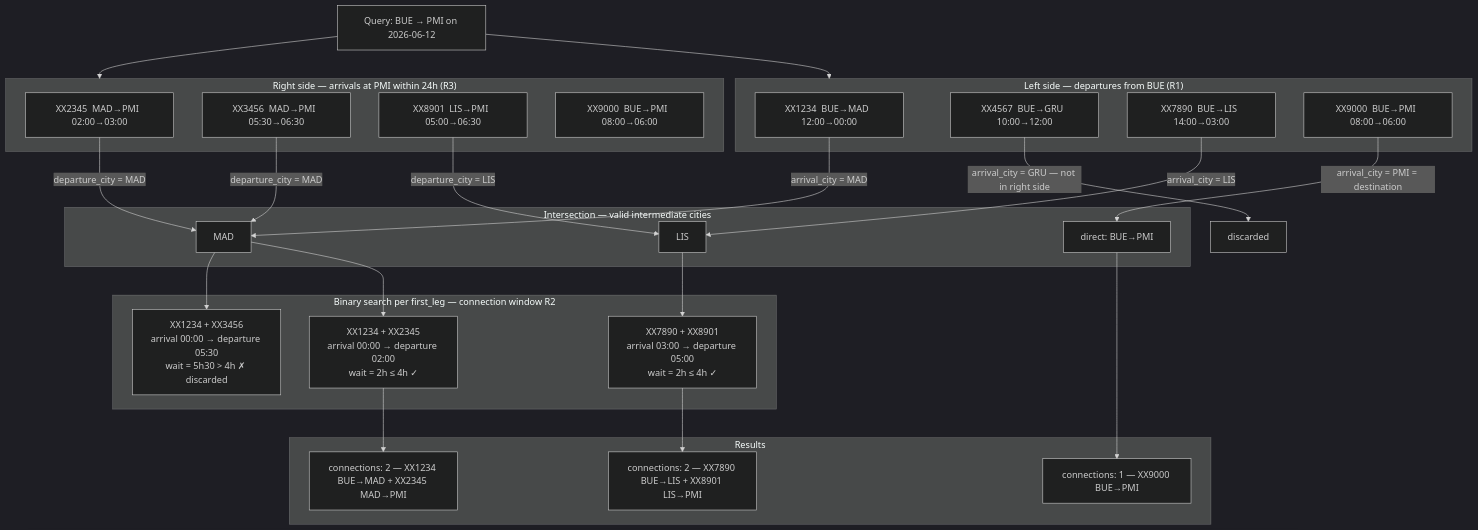
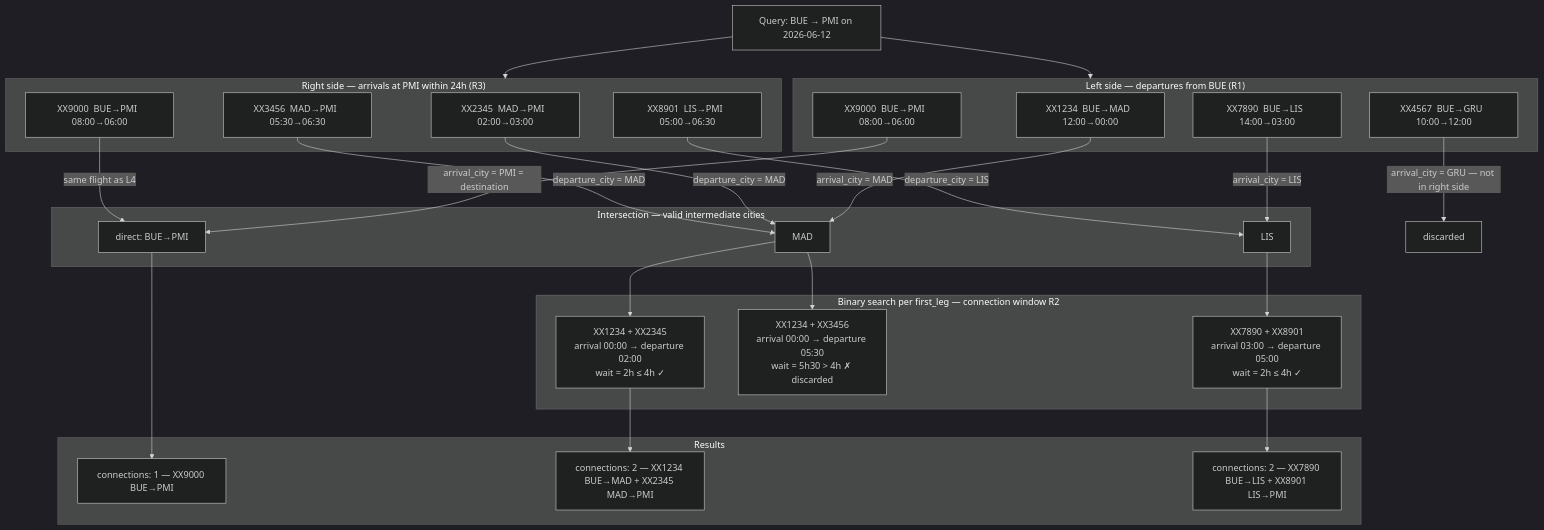
The first of 2 diagrams in journeys-api/README.md (DouglasTavare/flights-api), drawn with Mermaid (dark theme) before and after one commit. The commit also changed 1 other file, not shown here.

Commit message:
docs: restructure README and improve search algorithm documentation
- Move algorithm explanation and diagram before setup instructions
- Fix diagram: connect XX9000 from both sides to direct journey node
- Remove opinion-laden language from nested loop explanation
- Update connections field description (0=direct, 1=layover)
- Add logger.py and health.py to project structure

````diff
--- a/journeys-api/README.md
+++ b/journeys-api/README.md
@@ -124,55 +124,56 @@
 ```mermaid
 flowchart TD
     input["Query: BUE → PMI on 2026-06-12"]
 
     subgraph left ["Left side — departures from BUE (R1)"]
         L1["XX1234  BUE→MAD  12:00→00:00"]
         L2["XX4567  BUE→GRU  10:00→12:00"]
         L3["XX7890  BUE→LIS  14:00→03:00"]
         L4["XX9000  BUE→PMI  08:00→06:00"]
     end
 
     subgraph right ["Right side — arrivals at PMI within 24h (R3)"]
         R1["XX2345  MAD→PMI  02:00→03:00"]
         R2["XX3456  MAD→PMI  05:30→06:30"]
         R3["XX8901  LIS→PMI  05:00→06:30"]
         R4["XX9000  BUE→PMI  08:00→06:00"]
     end
 
     input --> left
     input --> right
 
     subgraph intersection ["Intersection — valid intermediate cities"]
         MAD["MAD"]
         LIS["LIS"]
         DIRECT["direct: BUE→PMI"]
     end
 
     L1 -->|"arrival_city = MAD"| MAD
     L3 -->|"arrival_city = LIS"| LIS
     L4 -->|"arrival_city = PMI = destination"| DIRECT
+    R4 -->|"same flight as L4"| DIRECT
     R1 -->|"departure_city = MAD"| MAD
     R2 -->|"departure_city = MAD"| MAD
     R3 -->|"departure_city = LIS"| LIS
     L2 -->|"arrival_city = GRU — not in right side"| discarded["discarded"]
 
     subgraph bsearch ["Binary search per first_leg — connection window R2"]
         BS1_valid["XX1234 + XX2345\narrival 00:00 → departure 02:00\nwait = 2h ≤ 4h ✓"]
         BS1_invalid["XX1234 + XX3456\narrival 00:00 → departure 05:30\nwait = 5h30 > 4h ✗ discarded"]
         BS2["XX7890 + XX8901\narrival 03:00 → departure 05:00\nwait = 2h ≤ 4h ✓"]
     end
 
     MAD --> BS1_valid
     MAD --> BS1_invalid
     LIS --> BS2
 
     subgraph results ["Results"]
         J1["connections: 1 — XX9000 BUE→PMI"]
         J2["connections: 2 — XX1234 BUE→MAD + XX2345 MAD→PMI"]
         J4["connections: 2 — XX7890 BUE→LIS + XX8901 LIS→PMI"]
     end
 
     DIRECT --> J1
     BS1_valid --> J2
     BS2 --> J4
 ```
````
